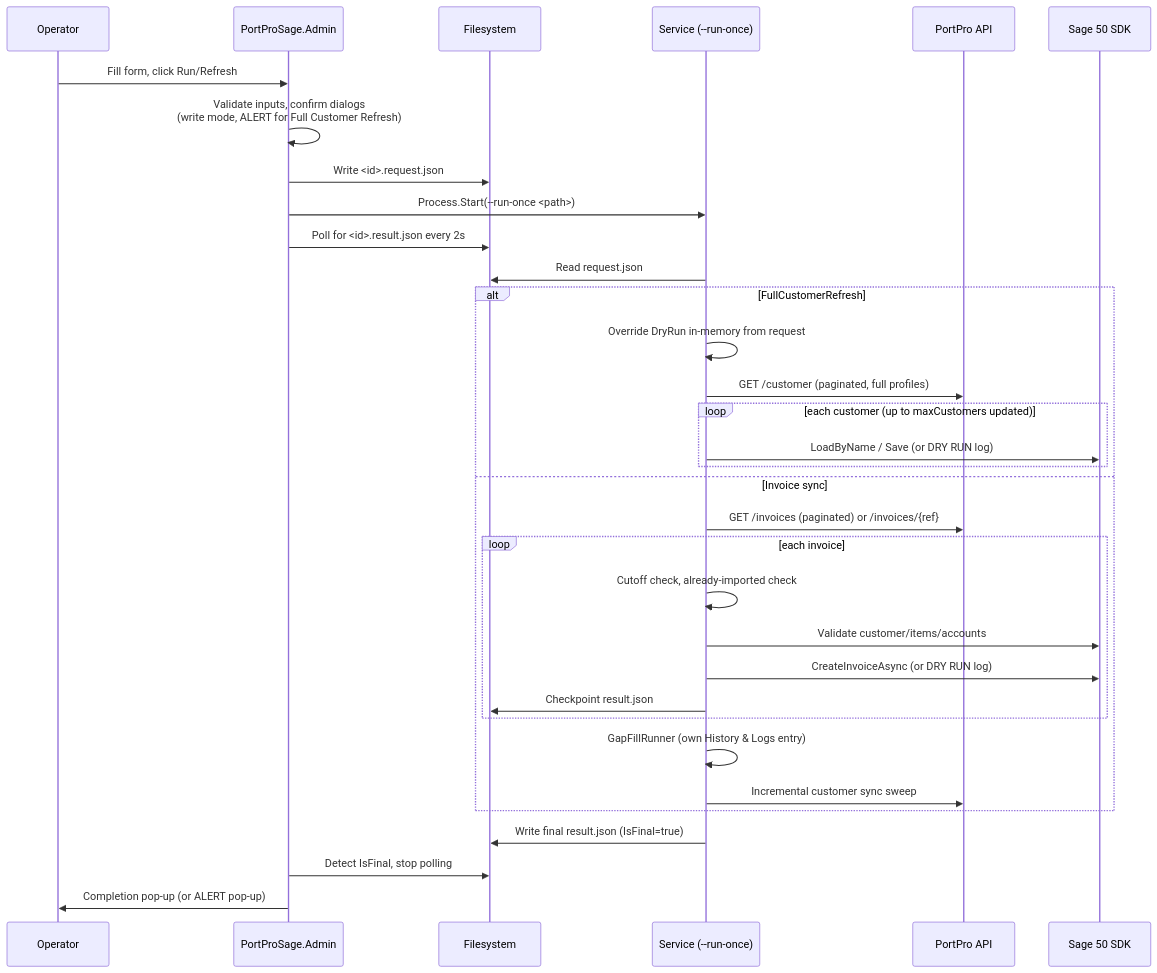
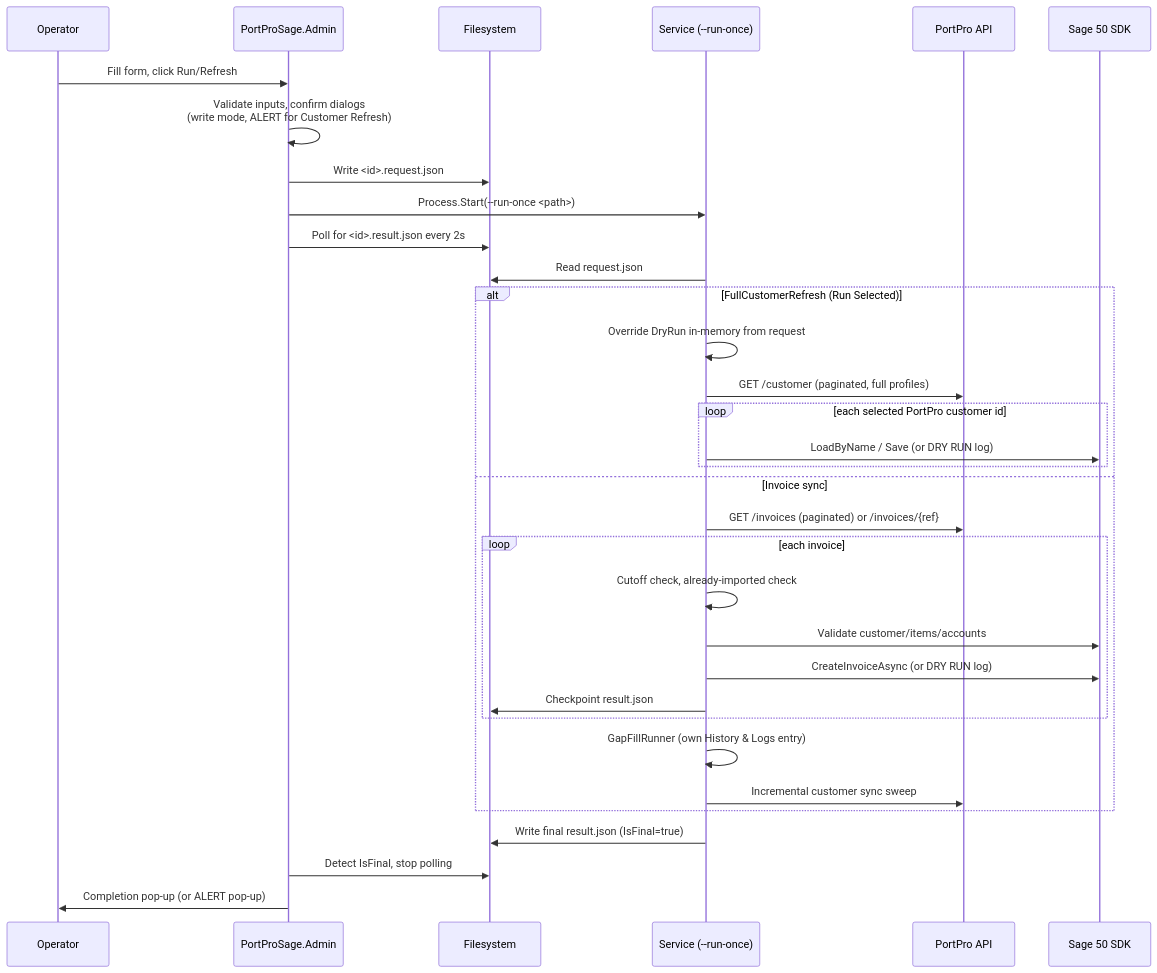
Before and after one commit to smallfleet/PortProSageSync: the second of 6 diagrams in TECHNICAL_DESIGN.md, drawn with Mermaid. The commit also changed other lines of this file and 3 other files, not shown here.

First line of the commit message:
Update User Guide and Technical Design doc for Customer Refresh rework and per-path scoping

````diff
--- a/TECHNICAL_DESIGN.md
+++ b/TECHNICAL_DESIGN.md
@@ -324,38 +338,38 @@
 ```mermaid
 sequenceDiagram
     participant Op as Operator
     participant Admin as PortProSage.Admin
     participant FS as Filesystem
     participant Svc as Service (--run-once)
     participant PP as PortPro API
     participant S50 as Sage 50 SDK
 
     Op->>Admin: Fill form, click Run/Refresh
-    Admin->>Admin: Validate inputs, confirm dialogs<br/>(write mode, ALERT for Full Customer Refresh)
+    Admin->>Admin: Validate inputs, confirm dialogs<br/>(write mode, ALERT for Customer Refresh)
     Admin->>FS: Write <id>.request.json
     Admin->>Svc: Process.Start(--run-once <path>)
     Admin->>FS: Poll for <id>.result.json every 2s
 
     Svc->>FS: Read request.json
-    alt FullCustomerRefresh
+    alt FullCustomerRefresh (Run Selected)
         Svc->>Svc: Override DryRun in-memory from request
         Svc->>PP: GET /customer (paginated, full profiles)
-        loop each customer (up to maxCustomers updated)
+        loop each selected PortPro customer id
             Svc->>S50: LoadByName / Save (or DRY RUN log)
         end
     else Invoice sync
         Svc->>PP: GET /invoices (paginated) or /invoices/{ref}
         loop each invoice
             Svc->>Svc: Cutoff check, already-imported check
             Svc->>S50: Validate customer/items/accounts
             Svc->>S50: CreateInvoiceAsync (or DRY RUN log)
             Svc->>FS: Checkpoint result.json
         end
         Svc->>Svc: GapFillRunner (own History & Logs entry)
         Svc->>PP: Incremental customer sync sweep
     end
     Svc->>FS: Write final result.json (IsFinal=true)
 
     Admin->>FS: Detect IsFinal, stop polling
     Admin->>Op: Completion pop-up (or ALERT pop-up)
 ```
````
